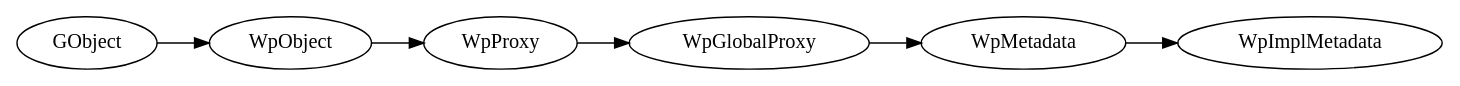
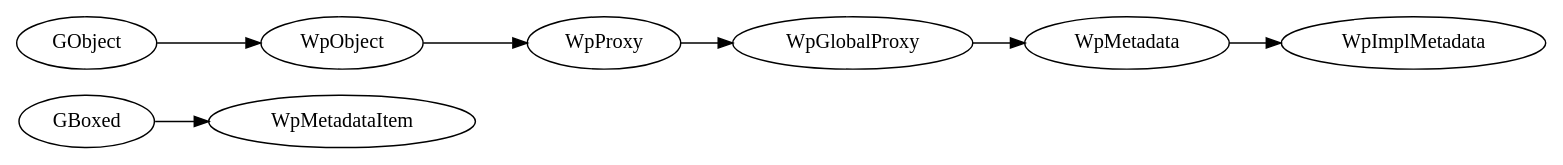
One commit to PipeWire/wireplumber changed the diagram in docs/rst/library/c_api/metadata_api.rst. Above: the diagram before and after it, drawn with Graphviz. The commit also changed 1 other file, not shown here.

Commit message:
docs: fix documentation for WpMetadataItem

```diff
--- a/docs/rst/library/c_api/metadata_api.rst
+++ b/docs/rst/library/c_api/metadata_api.rst
@@ -5,11 +5,12 @@
 .. graphviz::
   :align: center
 
    digraph inheritance {
       rankdir=LR;
+      GBoxed -> WpMetadataItem
       GObject -> WpObject;
       WpObject -> WpProxy;
       WpProxy -> WpGlobalProxy;
       WpGlobalProxy -> WpMetadata;
       WpMetadata-> WpImplMetadata;
    }
```
